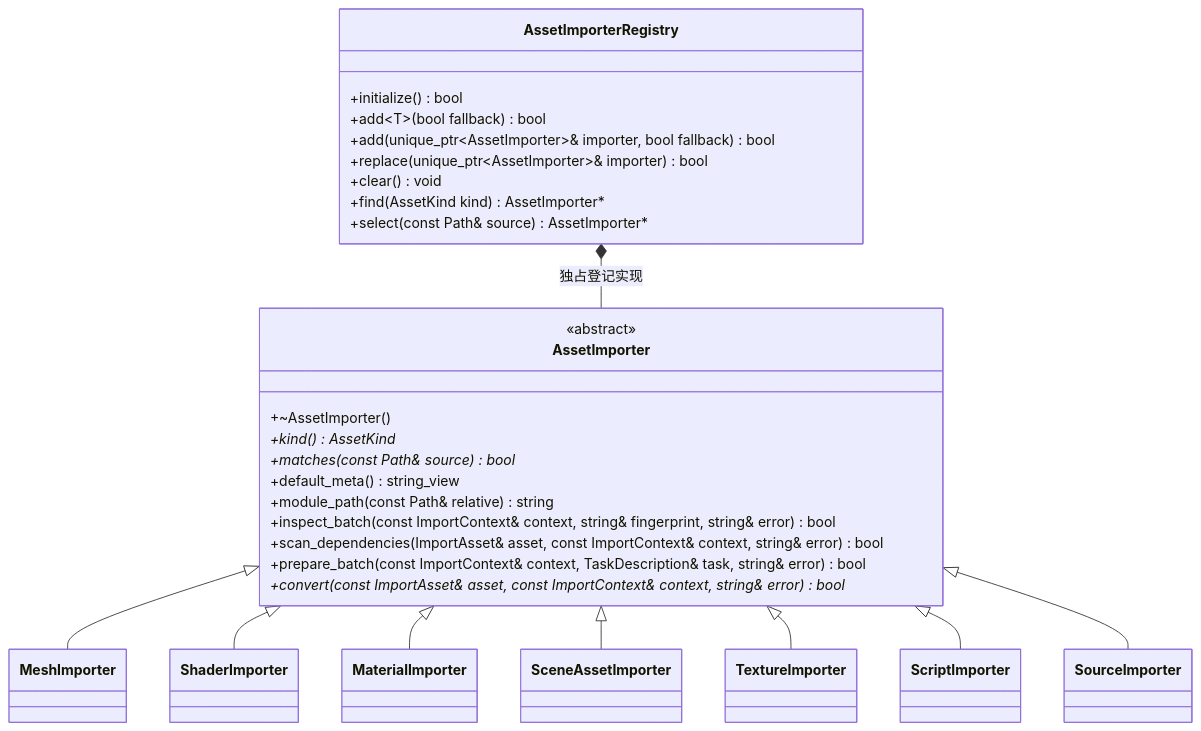
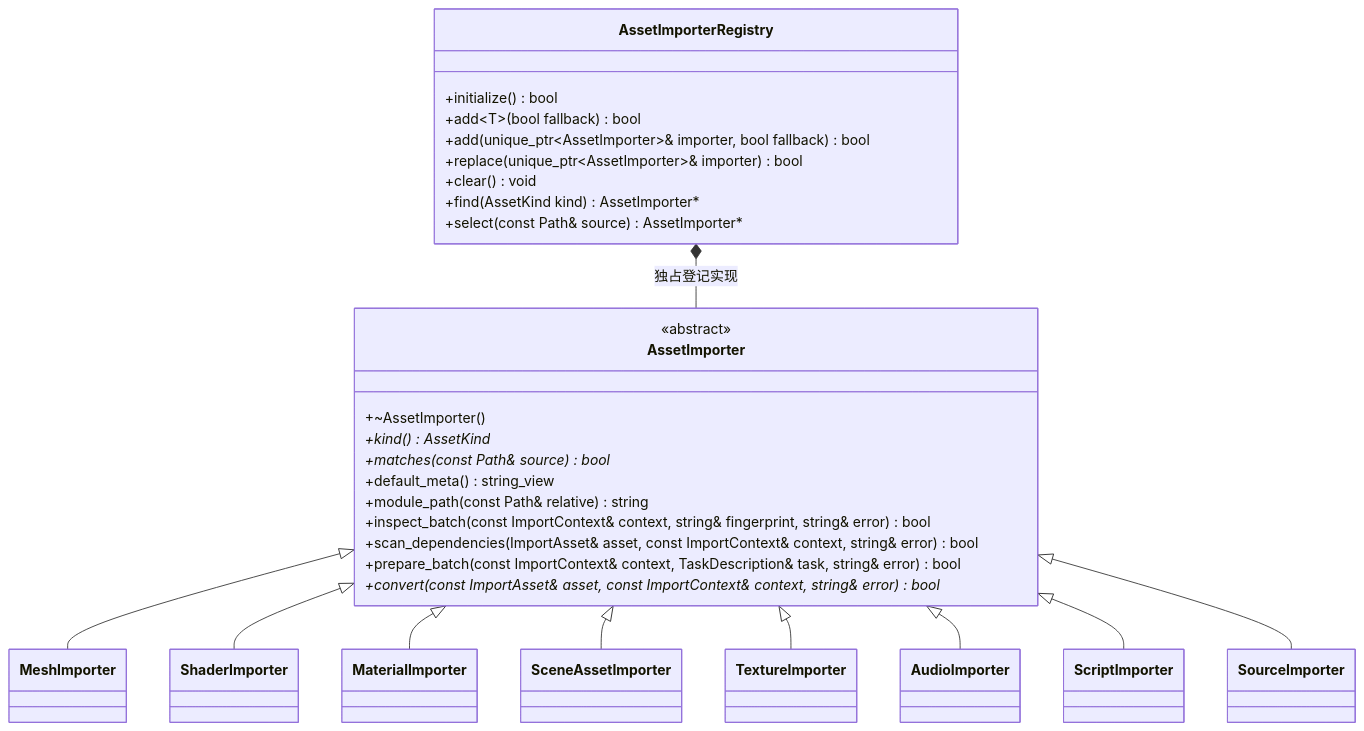
Before and after one commit to lcals/Engine: the diagram in docs/editor/class-diagrams/asset-importers.md, drawn with Mermaid. The commit also changed 114 other files, not shown here.

````diff
--- a/docs/editor/class-diagrams/asset-importers.md
+++ b/docs/editor/class-diagrams/asset-importers.md
@@ -5,39 +5,41 @@
 ```mermaid
 classDiagram
     class AssetImporter {
         <<abstract>>
         +~AssetImporter()
         +kind() AssetKind*
         +matches(const Path& source) bool*
         +default_meta() string_view
         +module_path(const Path& relative) string
         +inspect_batch(const ImportContext& context, string& fingerprint, string& error) bool
         +scan_dependencies(ImportAsset& asset, const ImportContext& context, string& error) bool
         +prepare_batch(const ImportContext& context, TaskDescription& task, string& error) bool
         +convert(const ImportAsset& asset, const ImportContext& context, string& error) bool*
     }
     class AssetImporterRegistry {
         +initialize() bool
         +add~T~(bool fallback) bool
         +add(unique_ptr~AssetImporter~& importer, bool fallback) bool
         +replace(unique_ptr~AssetImporter~& importer) bool
         +clear() void
         +find(AssetKind kind) AssetImporter#42;
         +select(const Path& source) AssetImporter#42;
     }
     class MeshImporter
     class ShaderImporter
     class MaterialImporter
     class SceneAssetImporter
     class TextureImporter
+    class AudioImporter
     class ScriptImporter
     class SourceImporter
     AssetImporter <|-- MeshImporter
     AssetImporter <|-- ShaderImporter
     AssetImporter <|-- MaterialImporter
     AssetImporter <|-- SceneAssetImporter
     AssetImporter <|-- TextureImporter
+    AssetImporter <|-- AudioImporter
     AssetImporter <|-- ScriptImporter
     AssetImporter <|-- SourceImporter
     AssetImporterRegistry *-- AssetImporter : 独占登记实现
 ```
````
